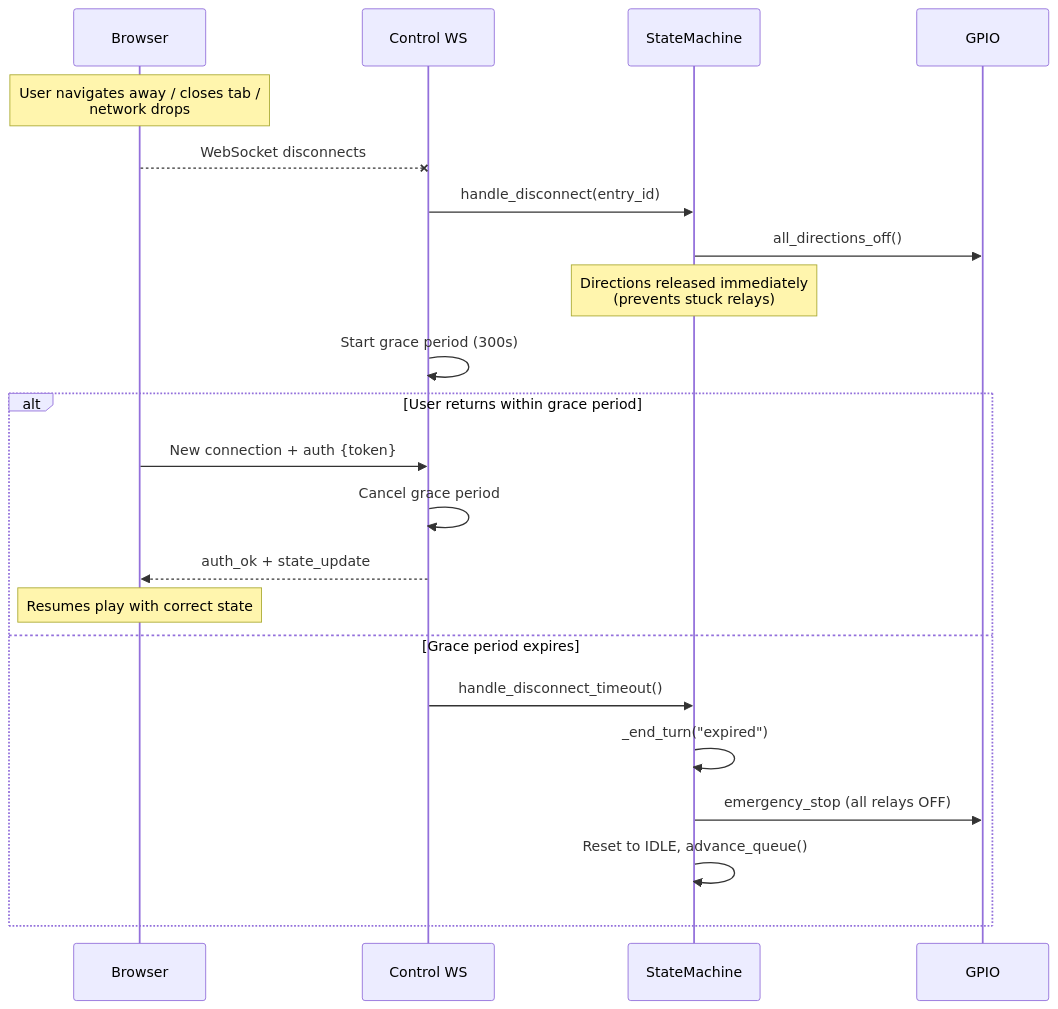
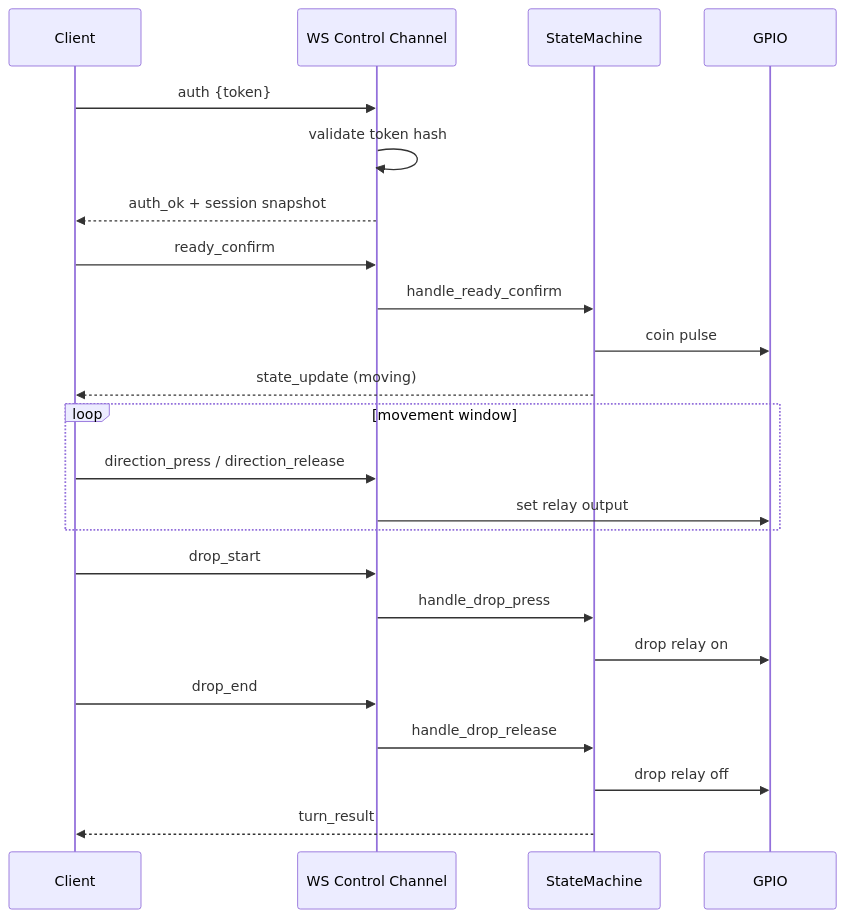
The fourth of 4 diagrams in docs/queue-flow.md (morroware/ECLAW), drawn with Mermaid before and after one commit. The commit also changed other lines of this file and 3 other files, not shown here.

Commit message:
docs: fix mermaid diagram syntax for github rendering

````diff
--- a/docs/queue-flow.md
+++ b/docs/queue-flow.md
@@ -355,28 +89,30 @@
 ```mermaid
 sequenceDiagram
-    participant B as Browser
-    participant WS as Control WS
-    participant SM as StateMachine
-    participant HW as GPIO
+    participant C as Client
+    participant W as WS Control Channel
+    participant S as StateMachine
+    participant G as GPIO
 
-    Note over B: User navigates away / closes tab /<br/>network drops
+    C->>W: auth {token}
+    W->>W: validate token hash
+    W-->>C: auth_ok + session snapshot
 
-    B--xWS: WebSocket disconnects
+    C->>W: ready_confirm
+    W->>S: handle_ready_confirm
+    S->>G: coin pulse
+    S-->>C: state_update (moving)
 
-    WS->>SM: handle_disconnect(entry_id)
-    SM->>HW: all_directions_off()
-    Note over SM: Directions released immediately<br/>(prevents stuck relays)
-    WS->>WS: Start grace period (300s)
+    loop movement window
+        C->>W: direction_press / direction_release
+        W->>G: set relay output
+    end
 
-    alt User returns within grace period
-        B->>WS: New connection + auth {token}
-        WS->>WS: Cancel grace period
-        WS-->>B: auth_ok + state_update
-        Note over B: Resumes play with correct state
-    else Grace period expires
-        WS->>SM: handle_disconnect_timeout()
-        SM->>SM: _end_turn("expired")
-        SM->>HW: emergency_stop (all relays OFF)
-        SM->>SM: Reset to IDLE, advance_queue()
-    end
+    C->>W: drop_start
+    W->>S: handle_drop_press
+    S->>G: drop relay on
+    C->>W: drop_end
+    W->>S: handle_drop_release
+    S->>G: drop relay off
+
+    S-->>C: turn_result
 ```
````
